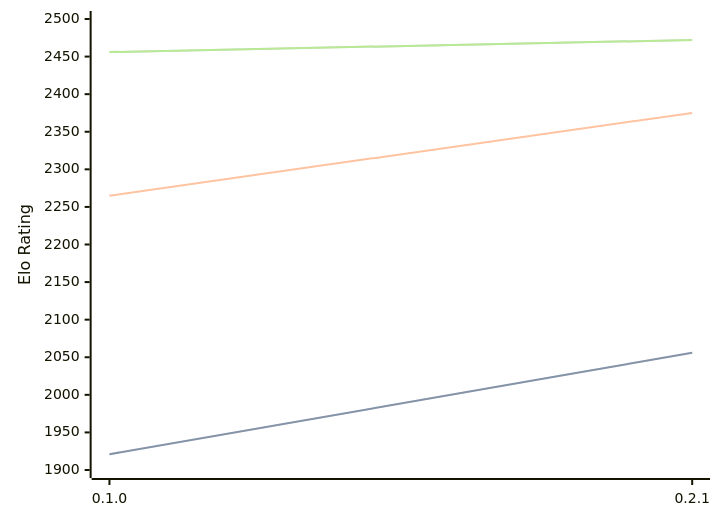
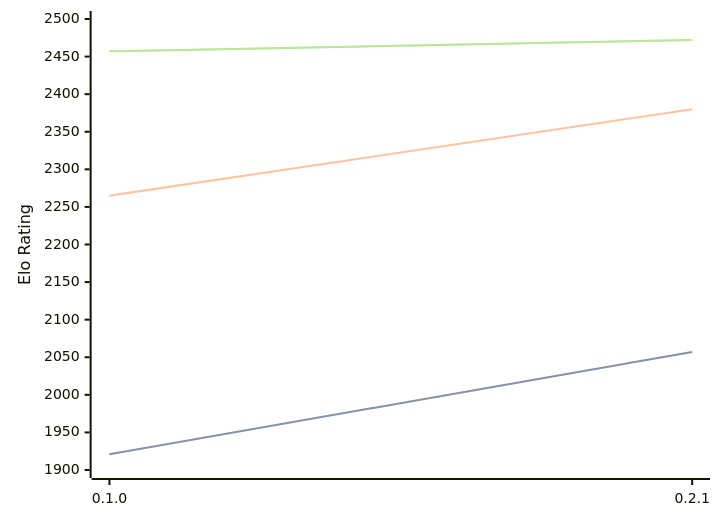
One commit to computer-chess-index/cci changed the diagram in engines/Sykora.md. Above: the diagram before and after it, drawn with Mermaid. The commit also changed other lines of this file, not shown here.

Commit message:
Update CCI Ratings (ELO VLTC) - 2026-04-22

````diff
--- a/engines/Sykora.md
+++ b/engines/Sykora.md
@@ -33,11 +33,11 @@
 ```mermaid
 %%{init: {"theme":"base","themeVariables":{"seriesColors:['#a3a3a3','#222221','#faa371']}}}%%
 xychart-beta
   x-axis ["0.1.0", "0.2.1"]
   y-axis "Elo Rating" 1900 --> 2500
-  line "STC (8.0+0.08s)" [1921, 2056]
-  line "STC (8.0+0.08s)" [1921, 2056]
-  line "LTC (60.0+0.60s)" [2265, 2375]
-  line "VLTC (2m24s+1.12s)" [2456, 2472]
-  line "VLTC (2m24s+1.12s)" [2456, 2472]
+  line "STC (8.0+0.08s)" [1921, 2057]
+  line "STC (8.0+0.08s)" [1921, 2057]
+  line "LTC (60.0+0.60s)" [2265, 2380]
+  line "VLTC (2m24s+1.12s)" [2457, 2472]
+  line "VLTC (2m24s+1.12s)" [2457, 2472]
 ```
````
